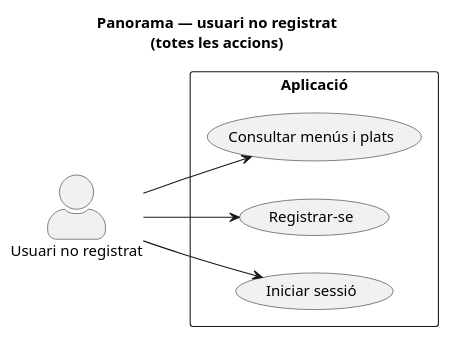
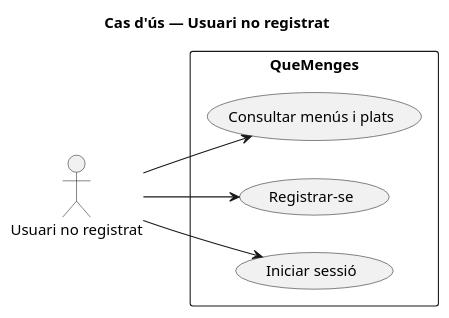
One commit to enricalv03/ES23UAB-411-08 changed the diagram in diagrames/Us/generals/overview-visitant.puml. Above: the diagram before and after it, drawn with PlantUML. The commit also changed 3 other files, not shown here.

```diff
--- a/diagrames/Us/generals/overview-visitant.puml
+++ b/diagrames/Us/generals/overview-visitant.puml
@@ -1,19 +1,19 @@
 @startuml us-overview-visitant
-skinparam actorStyle awesome
+skinparam actorStyle stickman
 left to right direction
 
-title Panorama — usuari no registrat\n(totes les accions)
+title Cas d'ús — Usuari no registrat
 
 actor "Usuari no registrat" as V
 
-rectangle "Aplicació" {
+rectangle "QueMenges" {
   usecase "Consultar menús i plats" as UC1
   usecase "Registrar-se" as UC2
   usecase "Iniciar sessió" as UC3
 }
 
 V --> UC1
 V --> UC2
 V --> UC3
 
 @enduml
```
